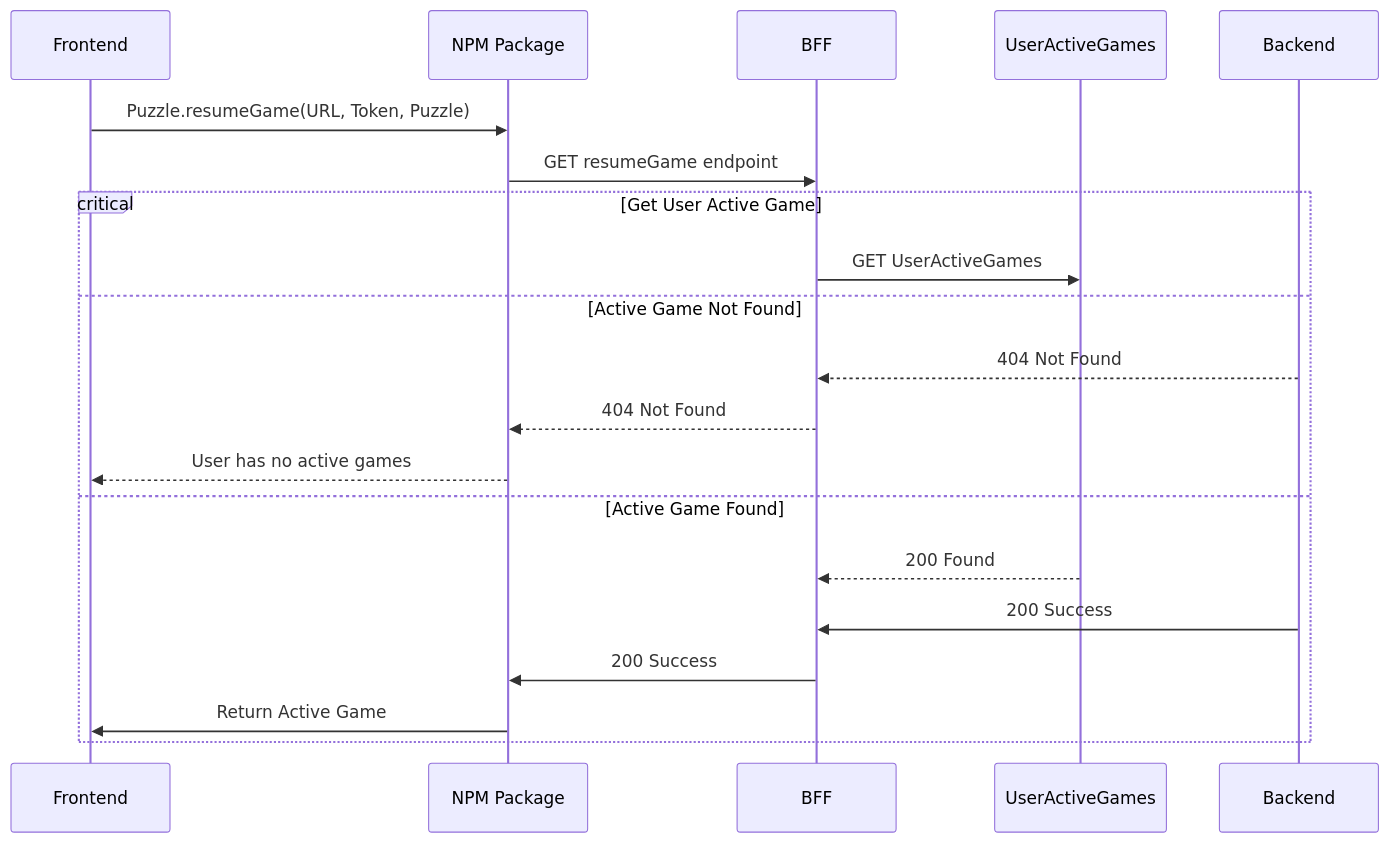
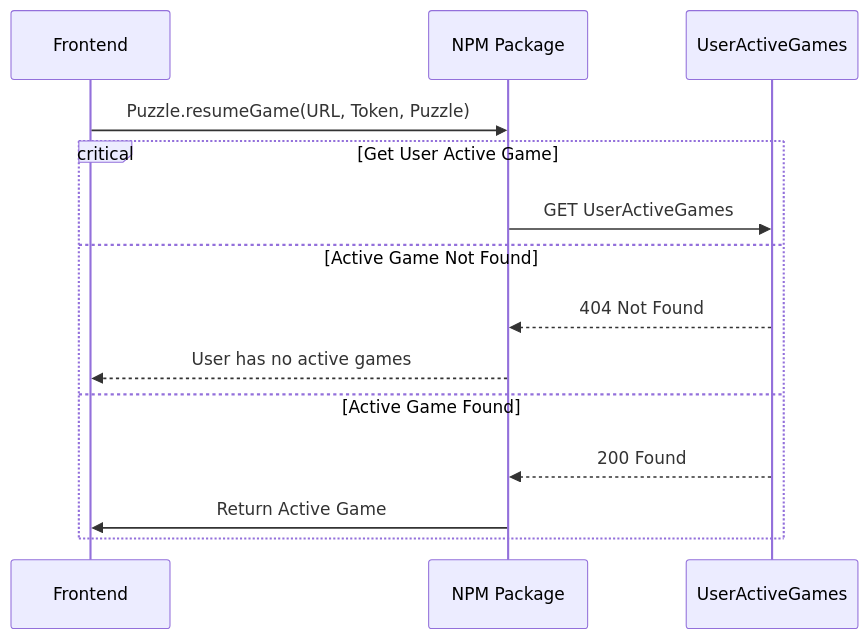
The second of 4 diagrams in Documentation/Diagrams/SequenceDiagram.md (Sudokuru/Puzzle), drawn with Mermaid before and after one commit.

Commit message:
Updating resumeGame to remove BFF

````diff
--- a/Documentation/Diagrams/SequenceDiagram.md
+++ b/Documentation/Diagrams/SequenceDiagram.md
@@ -51,24 +51,19 @@
 ```mermaid
 sequenceDiagram
     participant Frontend
     participant NPM Package
-    participant BFF
     participant UserActiveGames
 
     #Save Game
     Frontend->>NPM Package: Puzzle.resumeGame(URL, Token, Puzzle)
-    NPM Package->>BFF: GET resumeGame endpoint
 
     critical Get User Active Game
-        BFF->>UserActiveGames: GET UserActiveGames
+        NPM Package->>UserActiveGames: GET UserActiveGames
     option Active Game Not Found
-        Backend-->>BFF: 404 Not Found
-        BFF-->>NPM Package: 404 Not Found
+        UserActiveGames-->>NPM Package: 404 Not Found
         NPM Package-->>Frontend: User has no active games
     option Active Game Found
-        UserActiveGames-->>BFF: 200 Found
-        Backend->>BFF: 200 Success
-        BFF->>NPM Package: 200 Success
+        UserActiveGames-->>NPM Package: 200 Found
         NPM Package->>Frontend: Return Active Game
     end
 ```
````
